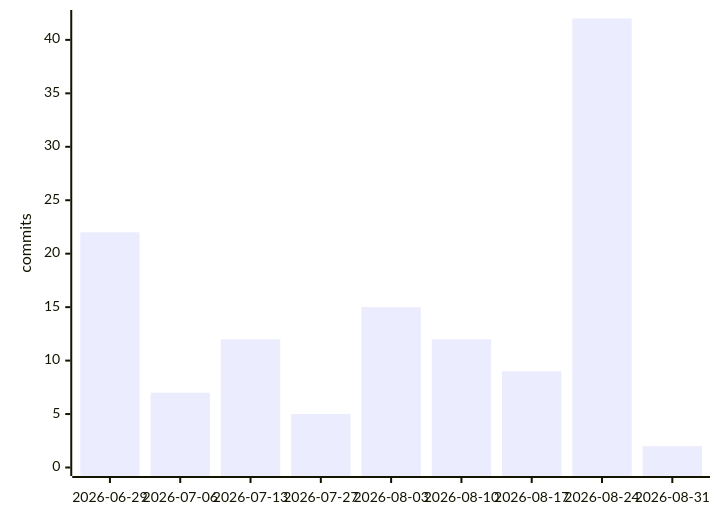
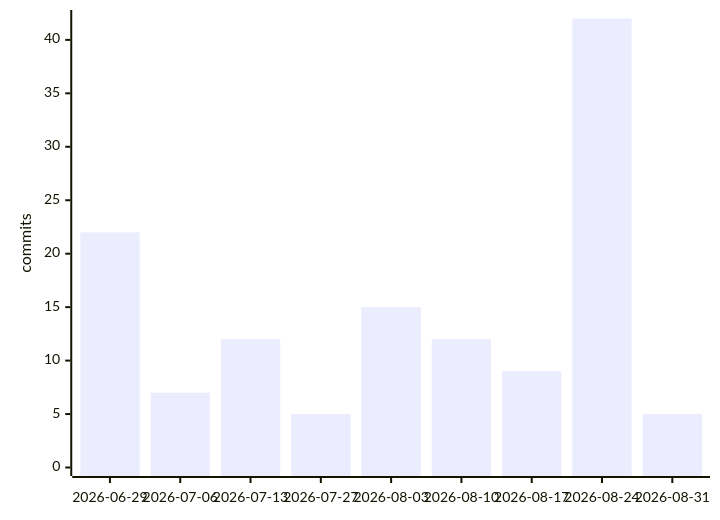
The first of 3 diagrams in README.md (Manashjyoti-Bora/Manashjyoti-Bora), drawn with Mermaid before and after one commit. The commit also changed other lines of this file and 5 other files, not shown here.

````diff
--- a/README.md
+++ b/README.md
@@ -163,6 +163,6 @@
 ```mermaid
 xychart-beta
     x-axis ["2026-06-29", "2026-07-06", "2026-07-13", "2026-07-27", "2026-08-03", "2026-08-10", "2026-08-17", "2026-08-24", "2026-08-31"]
     y-axis "commits" 0 --> 42
-    bar [22, 7, 12, 5, 15, 12, 9, 42, 2]
+    bar [22, 7, 12, 5, 15, 12, 9, 42, 5]
 ```
````
